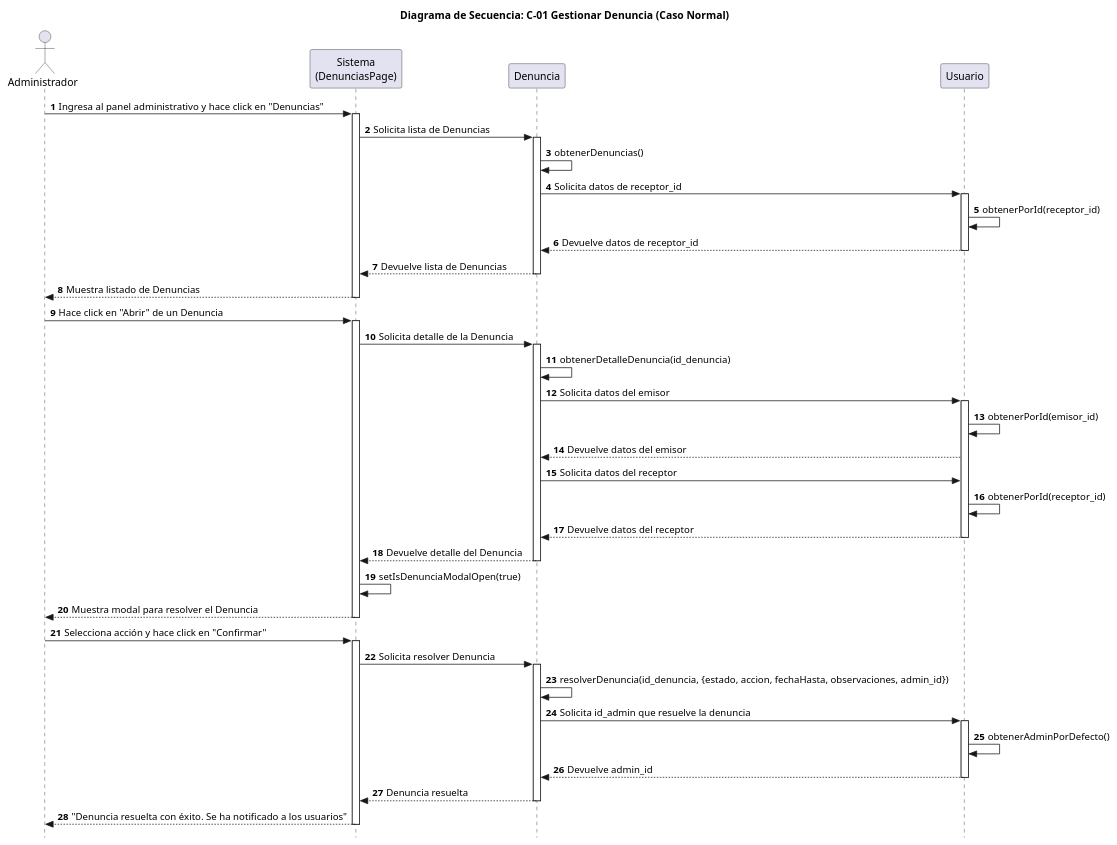
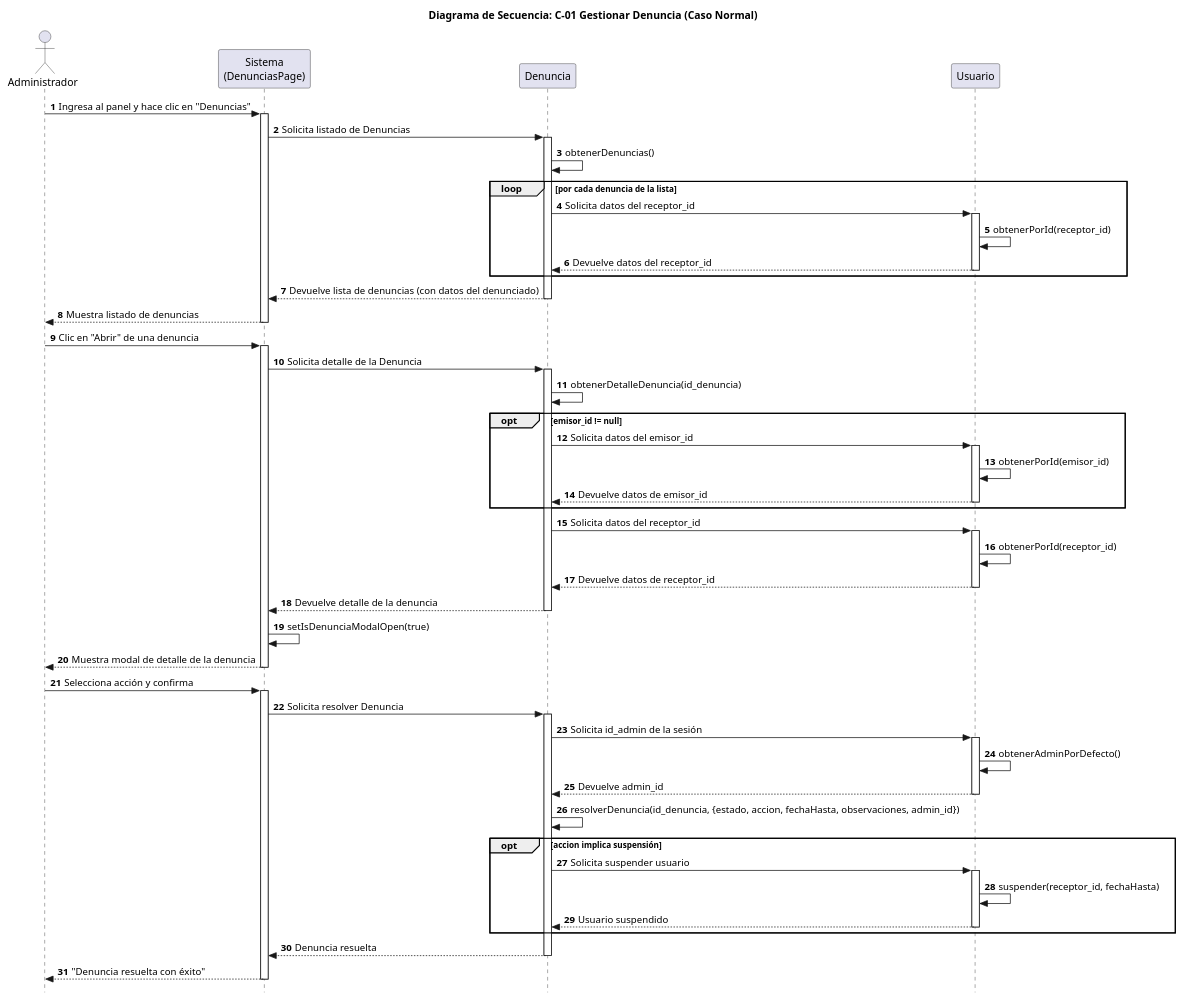
One commit to SantiagoScetti/sic-unne-admin changed the diagram in docs/puml/diagramas_de_Secuencia_Sabrina/C-01Gestionar Denuncia(Caso Normal).puml. Above: the diagram before and after it, drawn with PlantUML. The commit also changed 20 other files, not shown here.

Commit message:
Actualizaciones de los codigos puml para diagramas de secuencia y creacion de servicios en profesor, denuncia y comision

```diff
--- a/docs/puml/diagramas_de_Secuencia_Sabrina/C-01Gestionar Denuncia(Caso Normal).puml
+++ b/docs/puml/diagramas_de_Secuencia_Sabrina/C-01Gestionar Denuncia(Caso Normal).puml
@@ -2,66 +1,94 @@
 @startuml
-
 title Diagrama de Secuencia: C-01 Gestionar Denuncia (Caso Normal)
 
 skinparam style strictuml
 skinparam ParticipantPadding 30
 skinparam BoxPadding 12
 
 autonumber
 
 actor Administrador
 participant "Sistema\n(DenunciasPage)" as Interfaz
-participant "Denuncia"                   as Denuncia
-participant "Usuario"
+participant "Denuncia" as Denuncia
+participant "Usuario" as Usuario
 
-
-Administrador -> Interfaz: Ingresa al panel administrativo y hace click en "Denuncias"
+' ─── Listado ─────────────────────────────────────────────────────────────
+Administrador -> Interfaz: Ingresa al panel y hace clic en "Denuncias"
 activate Interfaz
-Interfaz -> Denuncia: Solicita lista de Denuncias
+Interfaz -> Denuncia: Solicita listado de Denuncias 
 activate Denuncia
 Denuncia -> Denuncia: obtenerDenuncias()
-Denuncia -> Usuario: Solicita datos de receptor_id
+
+loop por cada denuncia de la lista
+  Denuncia -> Usuario: Solicita datos del receptor_id
+  activate Usuario
+  Usuario -> Usuario: obtenerPorId(receptor_id)
+  Usuario --> Denuncia: Devuelve datos del receptor_id
+  deactivate Usuario
+end
+
+Denuncia --> Interfaz: Devuelve lista de denuncias (con datos del denunciado)
+deactivate Denuncia
+
+Interfaz --> Administrador: Muestra listado de denuncias
+deactivate Interfaz
+
+' ─── Detalle (modal) ─────────────────────────────────────────────────────
+Administrador -> Interfaz: Clic en "Abrir" de una denuncia
+activate Interfaz
+
+Interfaz -> Denuncia: Solicita detalle de la Denuncia
+activate Denuncia
+Denuncia -> Denuncia: obtenerDetalleDenuncia(id_denuncia)
+
+opt emisor_id != null
+  Denuncia -> Usuario: Solicita datos del emisor_id
+  activate Usuario
+  Usuario -> Usuario: obtenerPorId(emisor_id)
+  Usuario --> Denuncia: Devuelve datos de emisor_id
+  deactivate Usuario
+end
+
+Denuncia -> Usuario: Solicita datos del receptor_id
 activate Usuario
+
 Usuario -> Usuario: obtenerPorId(receptor_id)
 Usuario --> Denuncia: Devuelve datos de receptor_id
 deactivate Usuario
-Denuncia --> Interfaz: Devuelve lista de Denuncias
+
+Denuncia --> Interfaz: Devuelve detalle de la denuncia
 deactivate Denuncia
-Interfaz --> Administrador: Muestra listado de Denuncias
+
+Interfaz -> Interfaz: setIsDenunciaModalOpen(true)
+Interfaz --> Administrador: Muestra modal de detalle de la denuncia
 deactivate Interfaz
-Administrador -> Interfaz: Hace click en "Abrir" de un Denuncia
+
+' ─── Resolver ────────────────────────────────────────────────────────────
+Administrador -> Interfaz: Selecciona acción y confirma
 activate Interfaz
-Interfaz -> Denuncia: Solicita detalle de la Denuncia
-activate Denuncia
-Denuncia -> Denuncia: obtenerDetalleDenuncia(id_denuncia)
-Denuncia -> Usuario: Solicita datos del emisor
-activate Usuario
-Usuario -> Usuario: obtenerPorId(emisor_id)
-Usuario --> Denuncia: Devuelve datos del emisor
-Denuncia -> Usuario: Solicita datos del receptor
-Usuario -> Usuario: obtenerPorId(receptor_id)
-Usuario --> Denuncia: Devuelve datos del receptor
-deactivate Usuario
 
-Denuncia --> Interfaz: Devuelve detalle del Denuncia
-deactivate Denuncia
-Interfaz -> Interfaz: setIsDenunciaModalOpen(true)
-Interfaz --> Administrador: Muestra modal para resolver el Denuncia
-deactivate Interfaz
-Administrador -> Interfaz: Selecciona acción y hace click en "Confirmar"
-activate Interfaz
 Interfaz -> Denuncia: Solicita resolver Denuncia
 activate Denuncia
-Denuncia -> Denuncia: resolverDenuncia(id_denuncia, {estado, accion, fechaHasta, observaciones, admin_id})
-Denuncia -> Usuario: Solicita id_admin que resuelve la denuncia
+
+Denuncia -> Usuario: Solicita id_admin de la sesión
 activate Usuario
 Usuario -> Usuario: obtenerAdminPorDefecto()
 Usuario --> Denuncia: Devuelve admin_id
 deactivate Usuario
+Denuncia -> Denuncia: resolverDenuncia(id_denuncia, {estado, accion, fechaHasta, observaciones, admin_id})
+
+
+opt accion implica suspensión
+  Denuncia -> Usuario: Solicita suspender usuario
+  activate Usuario
+  Usuario -> Usuario: suspender(receptor_id, fechaHasta)
+  Usuario --> Denuncia: Usuario suspendido
+  deactivate Usuario
+end
+
 Denuncia --> Interfaz: Denuncia resuelta
 deactivate Denuncia
-Interfaz --> Administrador: "Denuncia resuelta con éxito. Se ha notificado a los usuarios"
 
+Interfaz --> Administrador: "Denuncia resuelta con éxito"
 deactivate Interfaz
-
 @enduml
```
